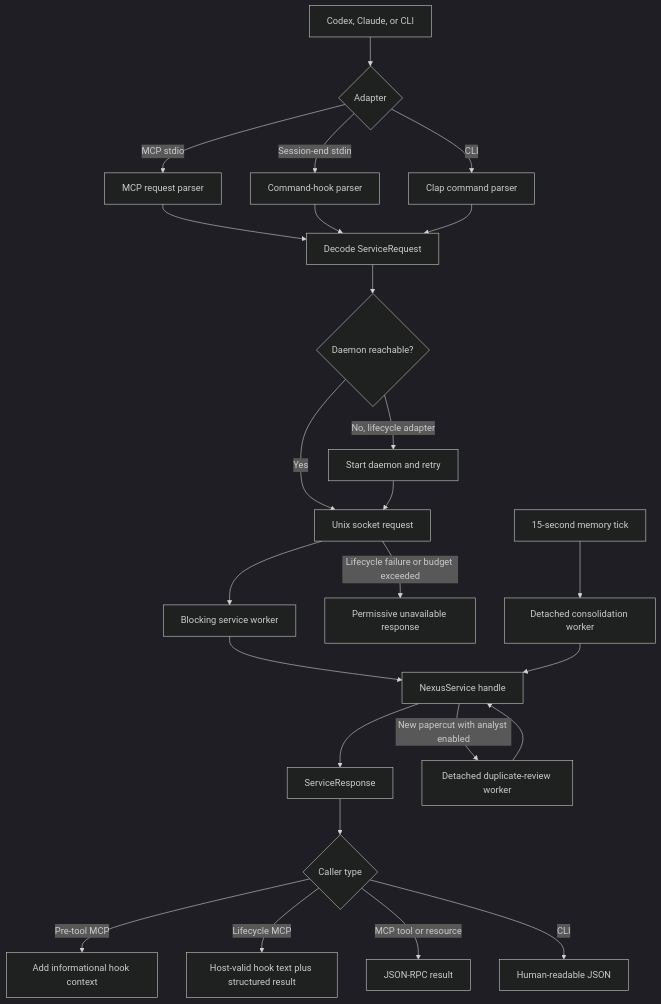
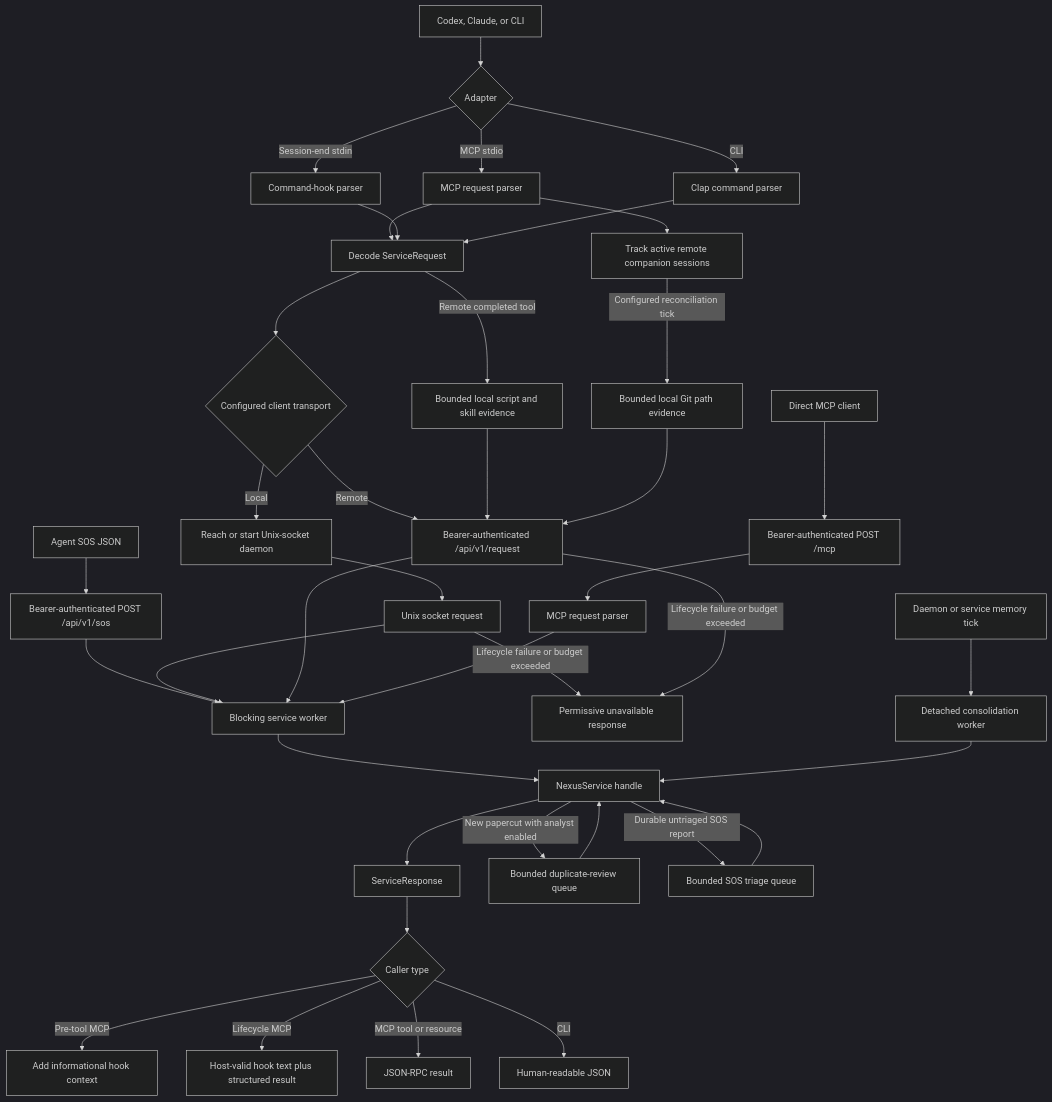
Before and after one commit to warrenronsiek/nexus: the diagram in docs/features/runtime.md, drawn with Mermaid (dark theme). The commit also changed other lines of this file and 202 other files, not shown here.

Commit message:
Add shared Postgres service and SOS triage (#8)

````diff
--- a/docs/features/runtime.md
+++ b/docs/features/runtime.md
@@ -17,27 +17,41 @@
 ```mermaid
 flowchart TD
     A[Codex, Claude, or CLI] --> B{Adapter}
     B -->|MCP stdio| C[MCP request parser]
     B -->|Session-end stdin| P[Command-hook parser]
     B -->|CLI| D[Clap command parser]
     C --> E[Decode ServiceRequest]
     P --> E
     D --> E
-    E --> F{Daemon reachable?}
-    F -->|No, lifecycle adapter| G[Start daemon and retry]
-    F -->|Yes| H[Unix socket request]
-    G --> H
+    C --> AS[Track active remote companion sessions]
+    E --> F{Configured client transport}
+    F -->|Local| G[Reach or start Unix-socket daemon]
+    G --> H[Unix socket request]
+    F -->|Remote| RH[Bearer-authenticated /api/v1/request]
+    E -->|Remote completed tool| CE[Bounded local script and skill evidence]
+    AS -->|Configured reconciliation tick| GE[Bounded local Git path evidence]
+    CE --> RH
+    GE --> RH
+    X[Direct MCP client] --> Y[Bearer-authenticated POST /mcp]
+    Y --> Z[MCP request parser]
+    SX[Agent SOS JSON] --> SY[Bearer-authenticated POST /api/v1/sos]
+    SY --> R
     H --> R[Blocking service worker]
-    R --> I[NexusService handle]
-    I --> J[ServiceResponse]
+    RH --> R
+    Z --> R
+    R --> SVC[NexusService handle]
+    SVC --> J[ServiceResponse]
     J --> K{Caller type}
     K -->|Pre-tool MCP| L[Add informational hook context]
     K -->|Lifecycle MCP| M[Host-valid hook text plus structured result]
     K -->|MCP tool or resource| N[JSON-RPC result]
     K -->|CLI| O[Human-readable JSON]
     H -->|Lifecycle failure or budget exceeded| Q[Permissive unavailable response]
-    T[15-second memory tick] --> U[Detached consolidation worker]
-    U --> I
-    I -->|New papercut with analyst enabled| V[Detached duplicate-review worker]
-    V --> I
+    RH -->|Lifecycle failure or budget exceeded| Q
+    T[Daemon or service memory tick] --> U[Detached consolidation worker]
+    U --> SVC
+    SVC -->|New papercut with analyst enabled| V[Bounded duplicate-review queue]
+    V --> SVC
+    SVC -->|Durable untriaged SOS report| W[Bounded SOS triage queue]
+    W --> SVC
 ```
````
